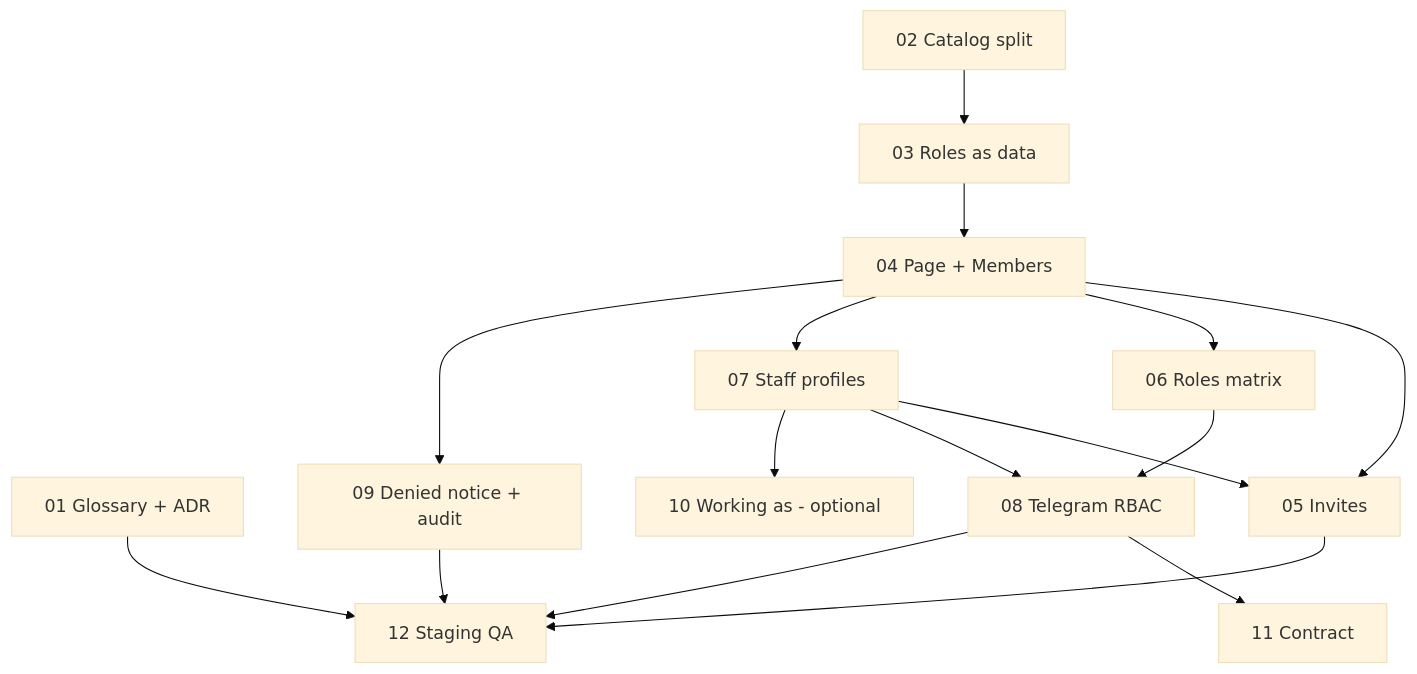
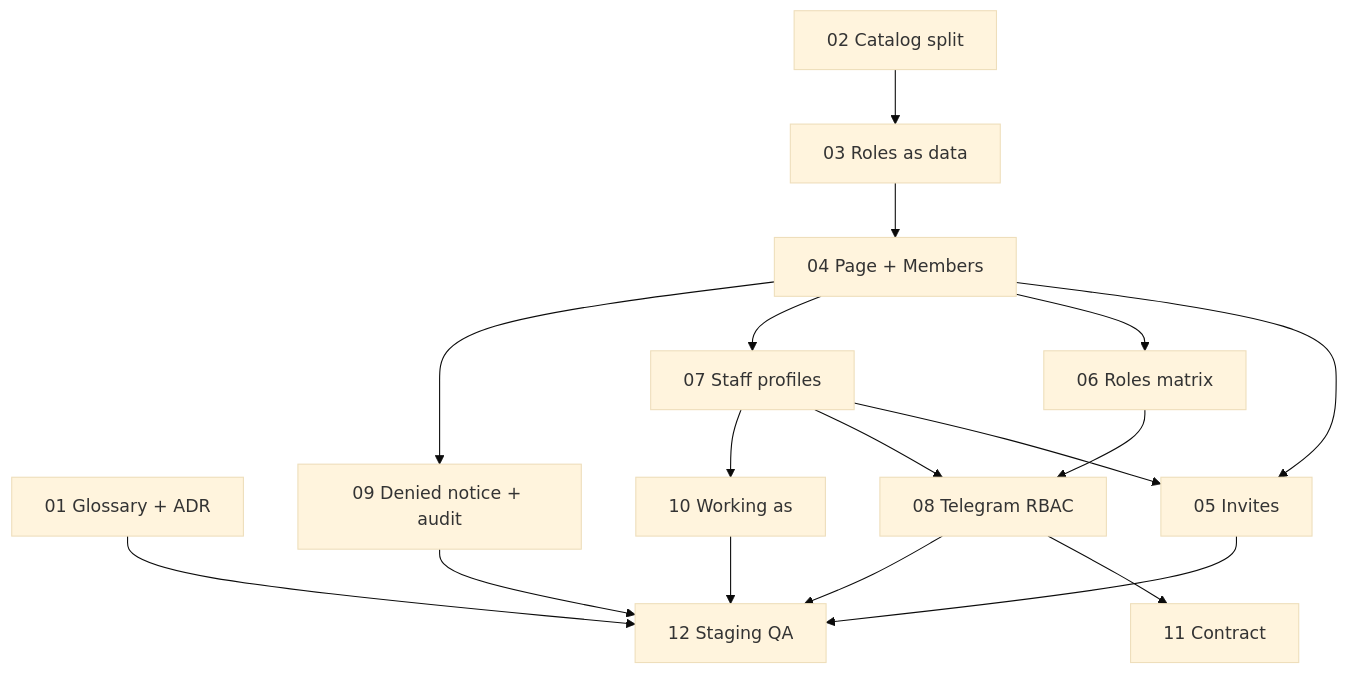
Before and after one commit to ivanyeors/mp: the diagram in .claude/PRD-users-permissions-rbac/issues/README.md, drawn with Mermaid (base theme). The commit also changed other lines of this file and 20 other files, not shown here.

````diff
--- a/.claude/PRD-users-permissions-rbac/issues/README.md
+++ b/.claude/PRD-users-permissions-rbac/issues/README.md
@@ -26,30 +26,31 @@
 ```mermaid
 graph TD
   s01[01 Glossary + ADR]
   s02[02 Catalog split]
   s03[03 Roles as data]
   s04[04 Page + Members]
   s05[05 Invites]
   s06[06 Roles matrix]
   s07[07 Staff profiles]
   s08[08 Telegram RBAC]
   s09[09 Denied notice + audit]
-  s10[10 Working as - optional]
+  s10[10 Working as]
   s11[11 Contract]
   s12[12 Staging QA]
   s02 --> s03
   s03 --> s04
   s04 --> s05
   s07 --> s05
   s04 --> s06
   s04 --> s07
   s06 --> s08
   s07 --> s08
   s04 --> s09
   s07 --> s10
   s08 --> s11
   s01 --> s12
   s05 --> s12
   s08 --> s12
   s09 --> s12
+  s10 --> s12
 ```
````
